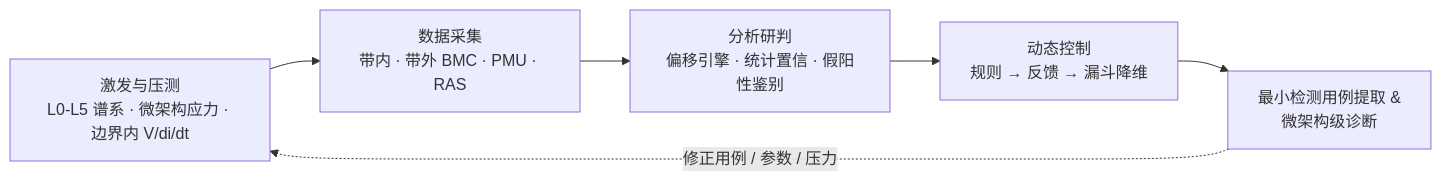
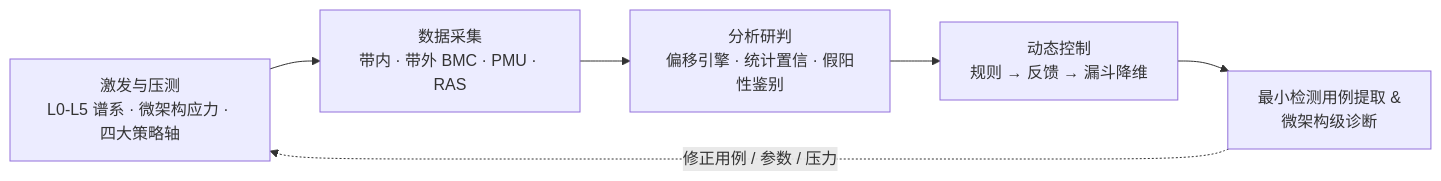
Before and after one commit to wangxumarshall/sdcshield: the first of 5 diagrams in docs/sdc-excite-reproduce/sdc-excite-reproduce-7x24.md, drawn with Mermaid. The commit also changed other lines of this file, not shown here.

First line of the commit message:
docs: sdc-excite-reproduce 方案 v5 融合 — 工程架构骨架 + 两机 as-built + 四大策略轴

````diff
--- a/docs/sdc-excite-reproduce/sdc-excite-reproduce-7x24.md
+++ b/docs/sdc-excite-reproduce/sdc-excite-reproduce-7x24.md
@@ -50,8 +60,8 @@
 ```mermaid
 flowchart LR
-    SE["激发与压测<br/>L0-L5 谱系 · 微架构应力 · 边界内 V/di/dt"] --> MO["数据采集<br/>带内 · 带外 BMC · PMU · RAS"]
+    SE["激发与压测<br/>L0-L5 谱系 · 微架构应力 · 四大策略轴"] --> MO["数据采集<br/>带内 · 带外 BMC · PMU · RAS"]
     MO --> AN["分析研判<br/>偏移引擎 · 统计置信 · 假阳性鉴别"]
     AN --> AD["动态控制<br/>规则 → 反馈 → 漏斗降维"]
     AD --> DX["最小检测用例提取 &<br/>微架构级诊断"]
     DX -. "修正用例 / 参数 / 压力" .-> SE
 ```
````
